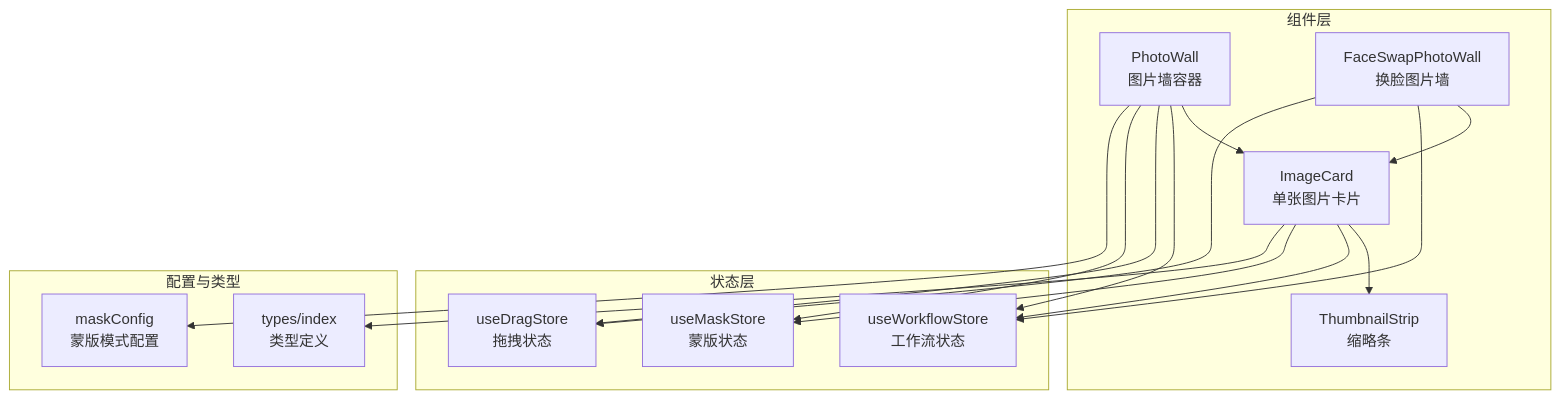
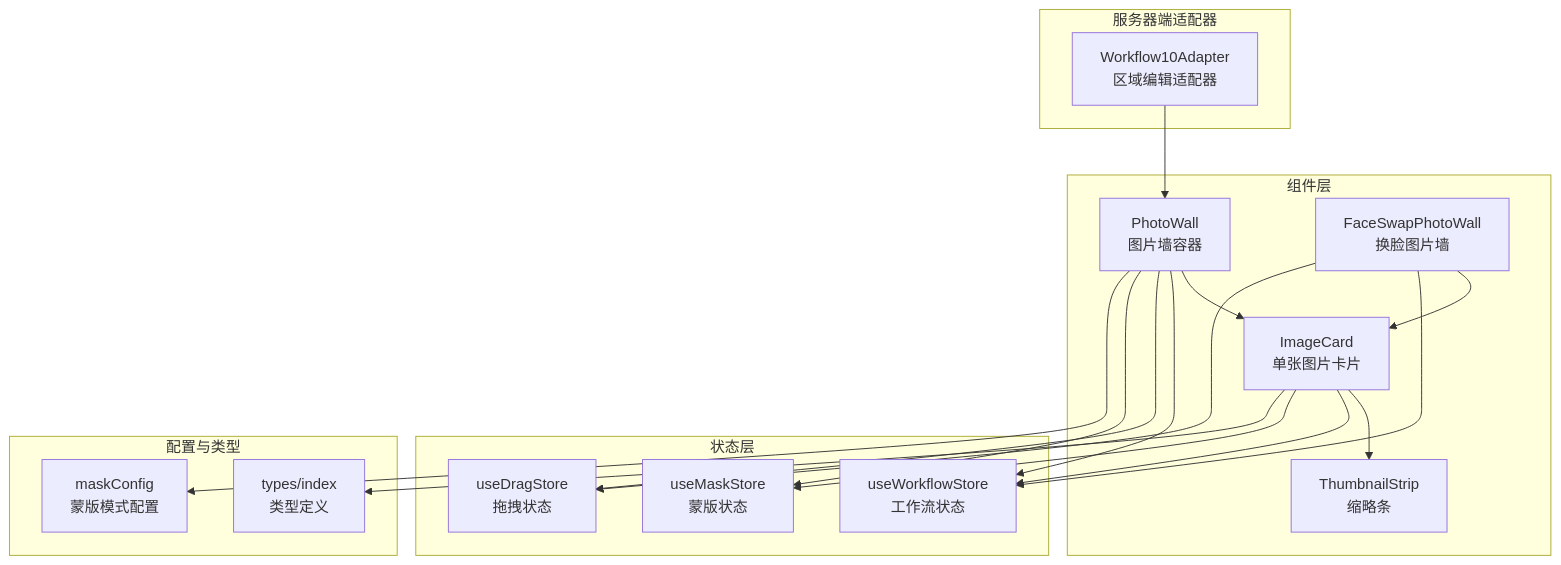
Before and after one commit to billye220670/CorineKit_Pix2Real: the first of 9 diagrams in .qoder/repowiki/zh/content/用户界面组件/核心界面组件/图片墙组件 (PhotoWall).md, drawn with Mermaid. The commit also changed other lines of this file and 21 other files, not shown here.

````diff
--- a/.qoder/repowiki/zh/content/用户界面组件/核心界面组件/图片墙组件 (PhotoWall).md
+++ b/.qoder/repowiki/zh/content/用户界面组件/核心界面组件/图片墙组件 (PhotoWall).md
@@ -43,30 +45,34 @@
 ```mermaid
 graph TB
 subgraph "组件层"
 PW["PhotoWall<br/>图片墙容器"]
 IC["ImageCard<br/>单张图片卡片"]
 TS["ThumbnailStrip<br/>缩略条"]
 FSPW["FaceSwapPhotoWall<br/>换脸图片墙"]
 end
 subgraph "状态层"
 WFS["useWorkflowStore<br/>工作流状态"]
 DS["useDragStore<br/>拖拽状态"]
 MS["useMaskStore<br/>蒙版状态"]
 end
 subgraph "配置与类型"
 MC["maskConfig<br/>蒙版模式配置"]
 T["types/index<br/>类型定义"]
 end
+subgraph "服务器端适配器"
+WA["Workflow10Adapter<br/>区域编辑适配器"]
+end
 PW --> IC
 IC --> TS
 PW --> WFS
 PW --> DS
 PW --> MS
 PW --> MC
 IC --> WFS
 IC --> MS
 IC --> T
 FSPW --> IC
 FSPW --> WFS
 FSPW --> DS
+WA --> PW
 ```
````
